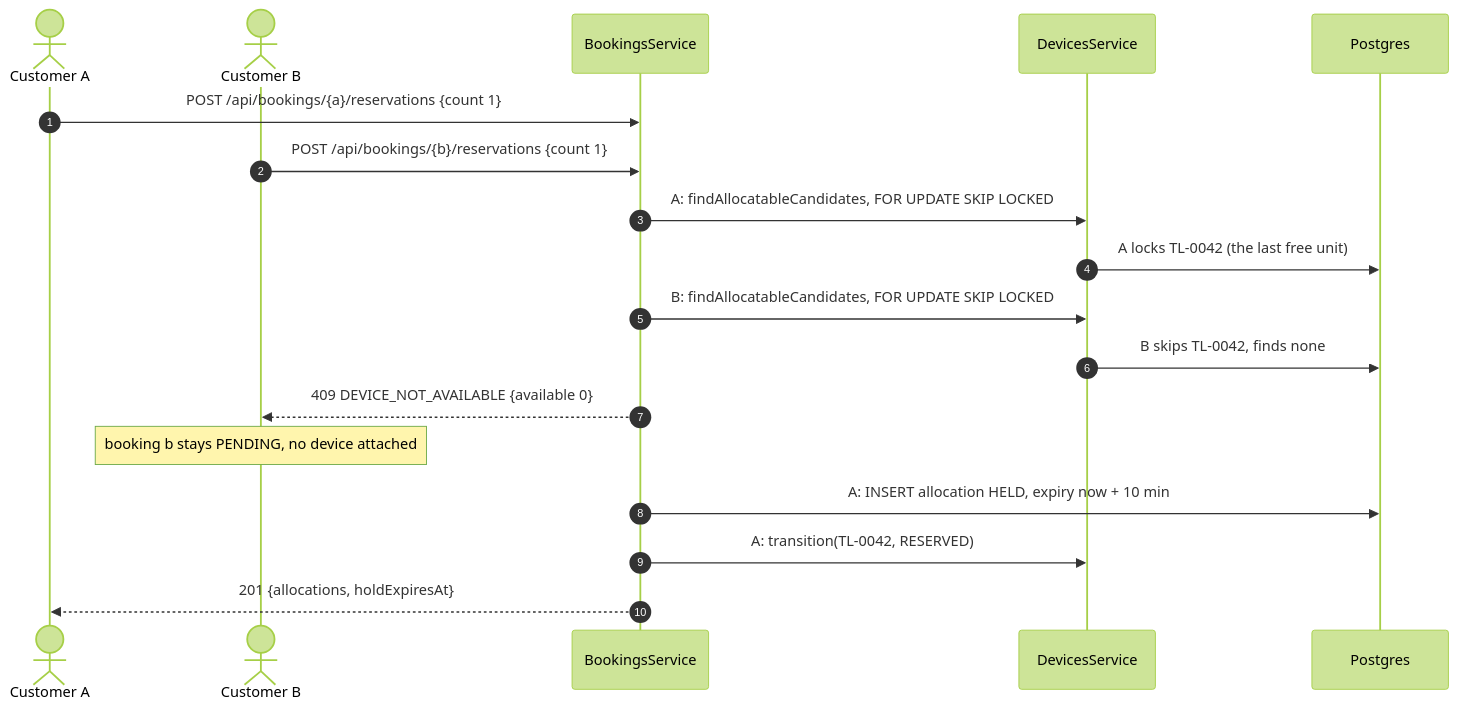
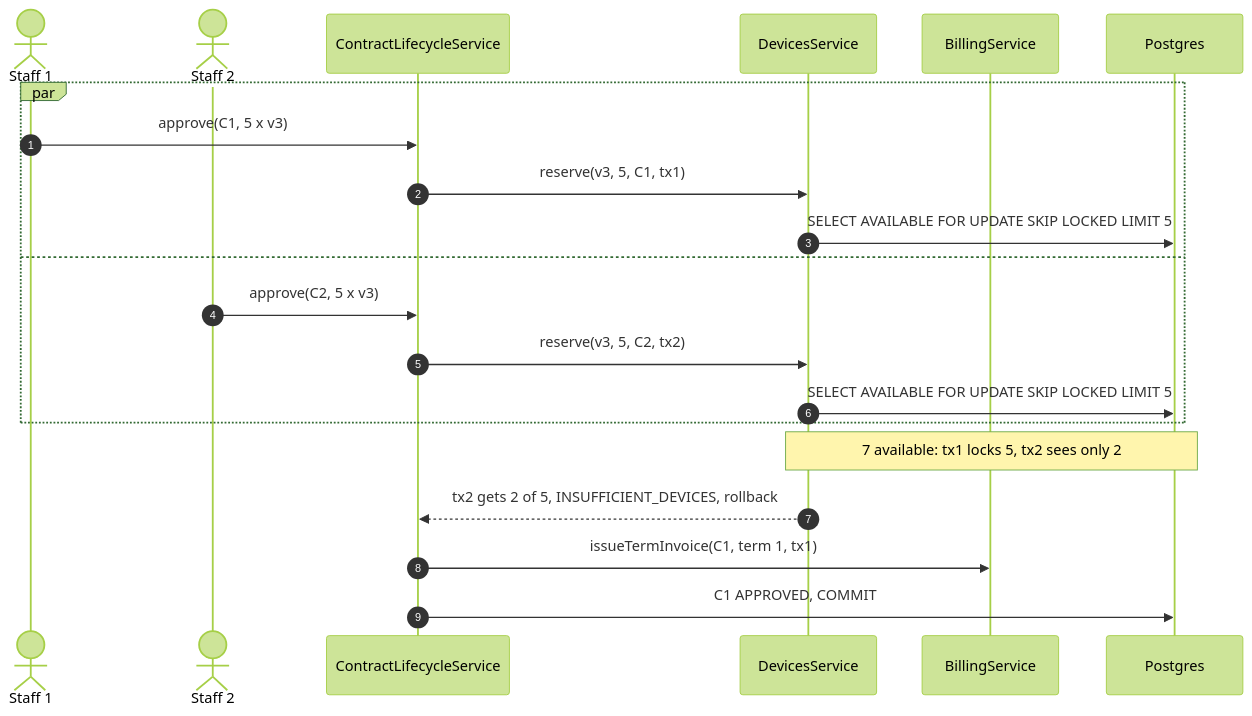
One commit to TrekLink-Team/treklink-web changed the third of 3 diagrams in specs/rentals/design.md. Above: the diagram before and after it, drawn with Mermaid (forest theme). The commit also changed other lines of this file and 367 other files, not shown here.

First line of the commit message:
docs: rewrite the module specs and schema from the rescoped SRS

````diff
--- a/specs/rentals/design.md
+++ b/specs/rentals/design.md
@@ -384,20 +171,23 @@
 ```mermaid
 sequenceDiagram
     autonumber
-    actor A as Customer A
-    actor B as Customer B
-    participant S as BookingsService
+    actor S1 as Staff 1
+    actor S2 as Staff 2
+    participant L as ContractLifecycleService
     participant D as DevicesService
+    participant B as BillingService
     participant DB as Postgres
-    A->>S: POST /api/bookings/{a}/reservations {count 1}
-    B->>S: POST /api/bookings/{b}/reservations {count 1}
-    S->>D: A: findAllocatableCandidates, FOR UPDATE SKIP LOCKED
-    D->>DB: A locks TL-0042 (the last free unit)
-    S->>D: B: findAllocatableCandidates, FOR UPDATE SKIP LOCKED
-    D->>DB: B skips TL-0042, finds none
-    S-->>B: 409 DEVICE_NOT_AVAILABLE {available 0}
-    Note over B: booking b stays PENDING, no device attached
-    S->>DB: A: INSERT allocation HELD, expiry now + 10 min
-    S->>D: A: transition(TL-0042, RESERVED)
-    S-->>A: 201 {allocations, holdExpiresAt}
+    par
+        S1->>L: approve(C1, 5 x v3)
+        L->>D: reserve(v3, 5, C1, tx1)
+        D->>DB: SELECT AVAILABLE FOR UPDATE SKIP LOCKED LIMIT 5
+    and
+        S2->>L: approve(C2, 5 x v3)
+        L->>D: reserve(v3, 5, C2, tx2)
+        D->>DB: SELECT AVAILABLE FOR UPDATE SKIP LOCKED LIMIT 5
+    end
+    Note over D,DB: 7 available: tx1 locks 5, tx2 sees only 2
+    D-->>L: tx2 gets 2 of 5, INSUFFICIENT_DEVICES, rollback
+    L->>B: issueTermInvoice(C1, term 1, tx1)
+    L->>DB: C1 APPROVED, COMMIT
 ```
````
